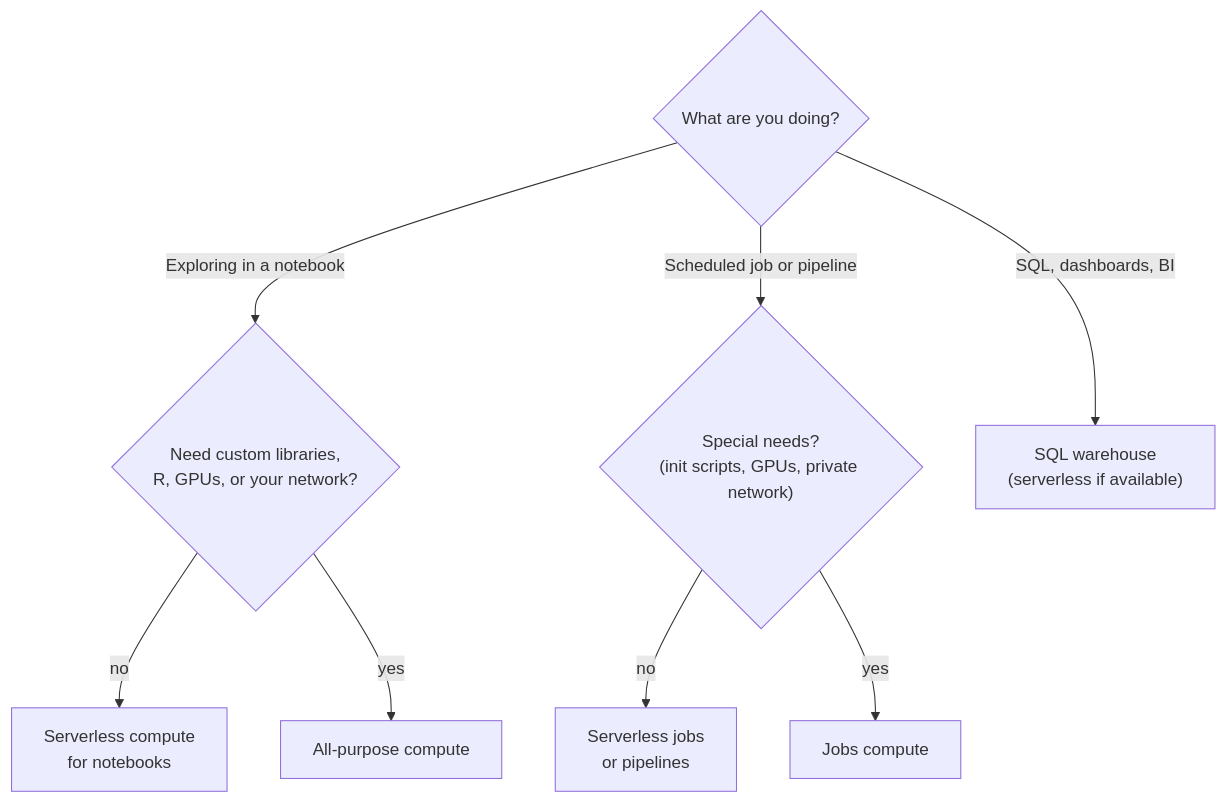
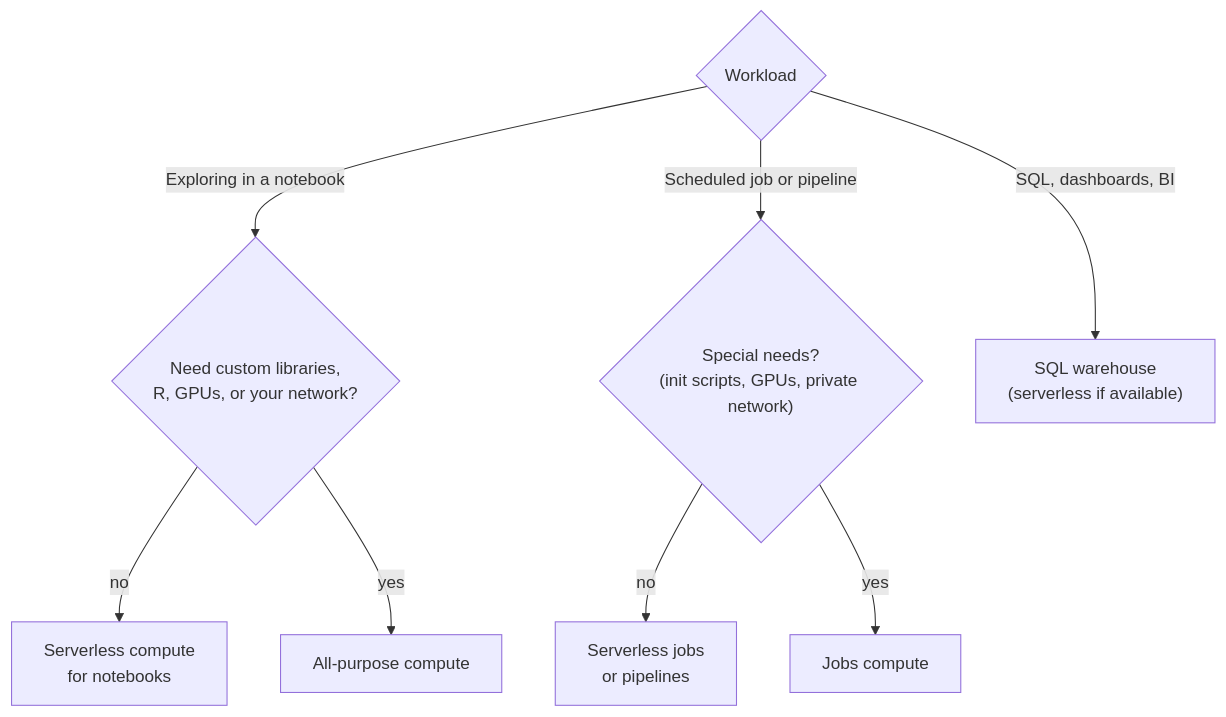
The diagram in 06_databricks_platform/Compute Types.md (kidskoding/databricks-wiki), drawn with Mermaid before and after one commit. The commit also changed other lines of this file and 22 other files, not shown here.

````diff
--- a/06_databricks_platform/Compute Types.md
+++ b/06_databricks_platform/Compute Types.md
@@ -110,10 +112,10 @@
 ```mermaid
 flowchart TD
-  Q{"What are you doing?"} -->|"Exploring in a notebook"| N{"Need custom libraries,<br/>R, GPUs, or your network?"}
+  Q{"Workload"} -->|"Exploring in a notebook"| N{"Need custom libraries,<br/>R, GPUs, or your network?"}
   N -->|no| SL["Serverless compute<br/>for notebooks"]
   N -->|yes| AP["All-purpose compute"]
   Q -->|"Scheduled job or pipeline"| J{"Special needs?<br/>(init scripts, GPUs, private network)"}
   J -->|no| SJ["Serverless jobs<br/>or pipelines"]
   J -->|yes| JC["Jobs compute"]
   Q -->|"SQL, dashboards, BI"| SW["SQL warehouse<br/>(serverless if available)"]
 ```
````
